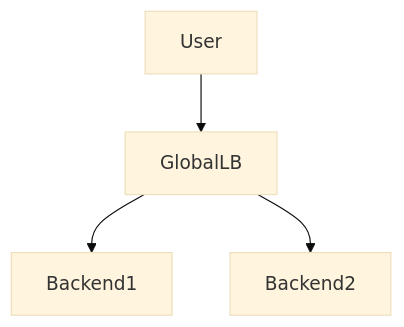
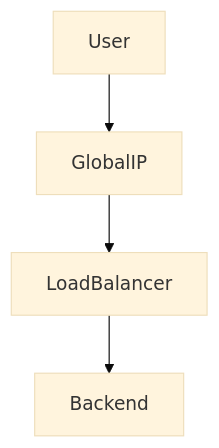
The fifth of 10 diagrams in 06_LAB/01_GCP_ACE_HACK/sessions_ver262/02_network.md (conti0513/development_public), drawn with Mermaid (base theme) before and after one commit. The commit also changed other lines of this file and 22 other files, not shown here.

````diff
--- a/06_LAB/01_GCP_ACE_HACK/sessions_ver262/02_network.md
+++ b/06_LAB/01_GCP_ACE_HACK/sessions_ver262/02_network.md
@@ -120,6 +217,6 @@
 ```mermaid
 graph TD
-User --> GlobalLB
-GlobalLB --> Backend1
-GlobalLB --> Backend2
+User --> GlobalIP
+GlobalIP --> LoadBalancer
+LoadBalancer --> Backend
 ```
````
